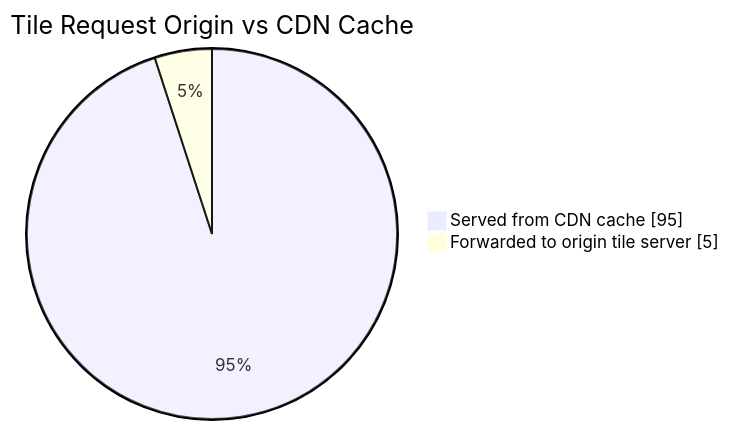
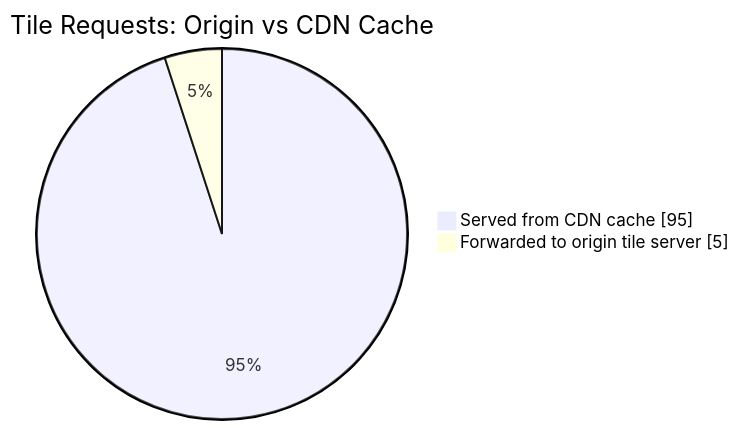
One commit to riyaz-pasha/Learnings changed diagram 17 of 27 in system-design/HLD/0-course/28-Design Google Maps-FAANG-Guide.md. Above: the diagram before and after it, drawn with Mermaid. The commit also changed other lines of this file and 1 other file, not shown here.

````diff
--- a/system-design/HLD/0-course/28-Design Google Maps-FAANG-Guide.md
+++ b/system-design/HLD/0-course/28-Design Google Maps-FAANG-Guide.md
@@ -716,6 +822,6 @@
 ```mermaid
 pie showData
-    title Tile Request Origin vs CDN Cache
+    title Tile Requests: Origin vs CDN Cache
     "Served from CDN cache" : 95
     "Forwarded to origin tile server" : 5
 ```
````
